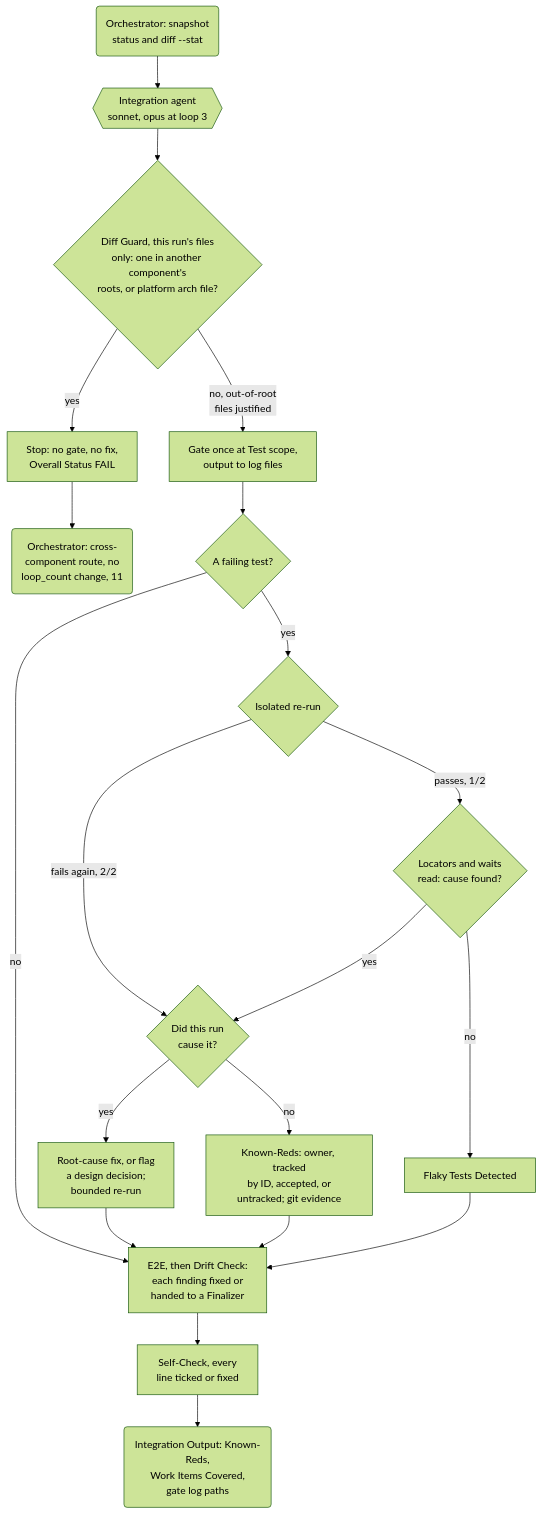
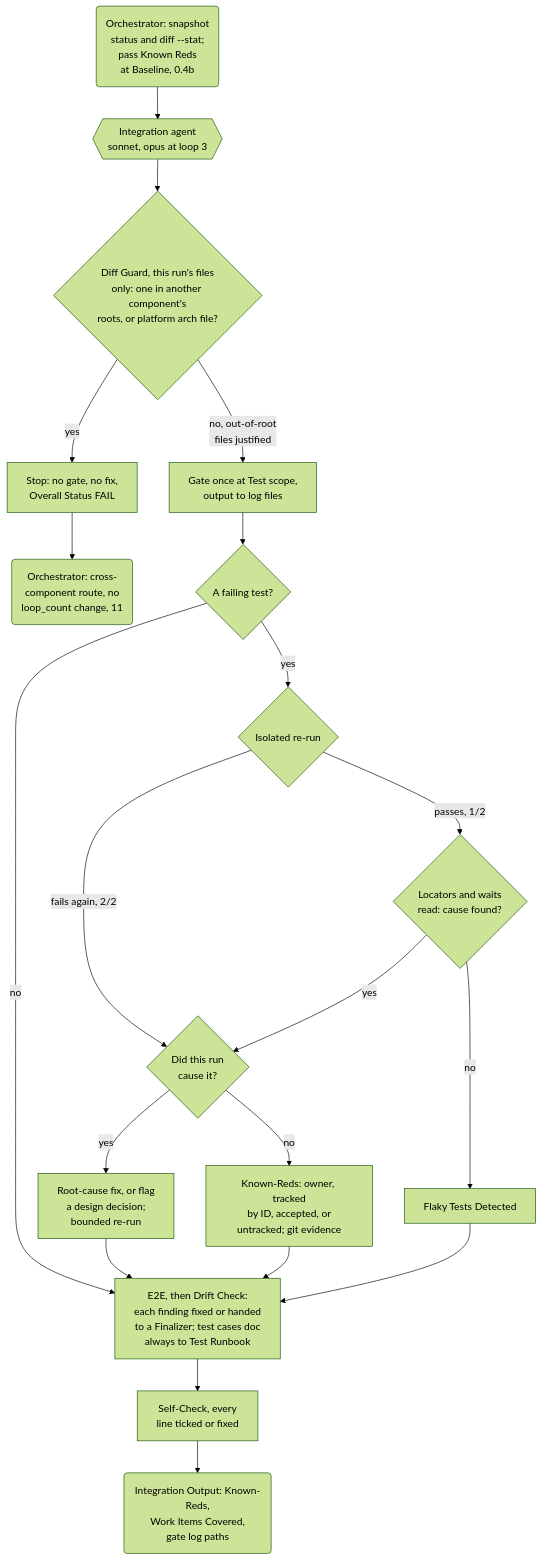
One commit to muhammedalikhan86/claude-stash changed the second of 3 diagrams in skills/plugin-orchestrator-development-pattern/mermaid/06-phase2-integration.md. Above: the diagram before and after it, drawn with Mermaid (forest theme). The commit also changed other lines of this file and 32 other files, not shown here.

````diff
--- a/skills/plugin-orchestrator-development-pattern/mermaid/06-phase2-integration.md
+++ b/skills/plugin-orchestrator-development-pattern/mermaid/06-phase2-integration.md
@@ -25,22 +25,22 @@
 ```mermaid
 flowchart TD
-    Snap("Orchestrator: snapshot<br/>status and diff --stat") --> Int{{"Integration agent<br/>sonnet, opus at loop 3"}}
+    Snap("Orchestrator: snapshot<br/>status and diff --stat;<br/>pass Known Reds<br/>at Baseline, 0.4b") --> Int{{"Integration agent<br/>sonnet, opus at loop 3"}}
     Int --> Guard{"Diff Guard, this run's files<br/>only: one in another component's<br/>roots, or platform arch file?"}
     Guard -->|"yes"| GF["Stop: no gate, no fix,<br/>Overall Status FAIL"]
     GF --> XC("Orchestrator: cross-<br/>component route, no<br/>loop_count change, 11")
     Guard -->|"no, out-of-root<br/>files justified"| Gate["Gate once at Test scope,<br/>output to log files"]
     Gate --> Fails{"A failing test?"}
     Fails -->|"no"| E2E
     Fails -->|"yes"| Iso{"Isolated re-run"}
     Iso -->|"fails again, 2/2"| Caused{"Did this run<br/>cause it?"}
     Iso -->|"passes, 1/2"| Loc{"Locators and waits<br/>read: cause found?"}
     Loc -->|"yes"| Caused
     Loc -->|"no"| Flaky["Flaky Tests Detected"]
     Caused -->|"yes"| Fix["Root-cause fix, or flag<br/>a design decision;<br/>bounded re-run"]
     Caused -->|"no"| KR["Known-Reds: owner, tracked<br/>by ID, accepted, or<br/>untracked; git evidence"]
     KR --> E2E
     Flaky --> E2E
-    Fix --> E2E["E2E, then Drift Check:<br/>each finding fixed or<br/>handed to a Finalizer"]
+    Fix --> E2E["E2E, then Drift Check:<br/>each finding fixed or handed<br/>to a Finalizer; test cases doc<br/>always to Test Runbook"]
     E2E --> SC["Self-Check, every<br/>line ticked or fixed"]
     SC --> Out("Integration Output: Known-Reds,<br/>Work Items Covered,<br/>gate log paths")
 ```
````
